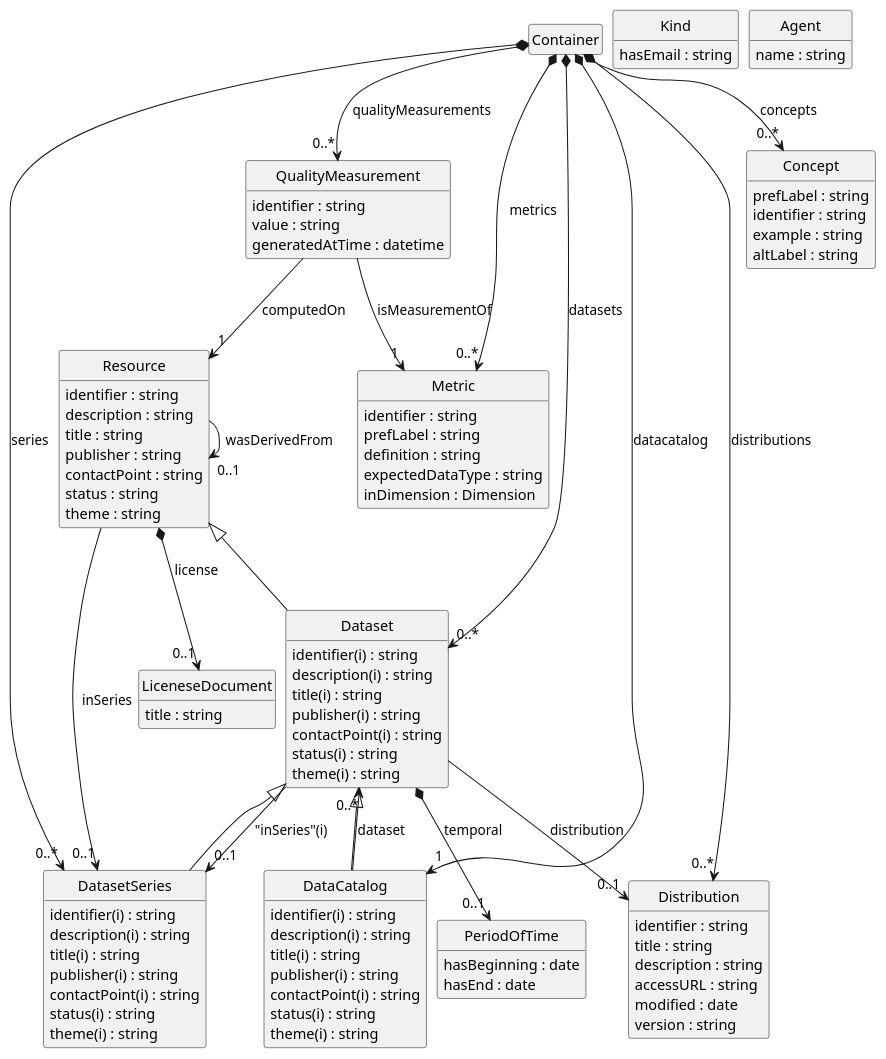
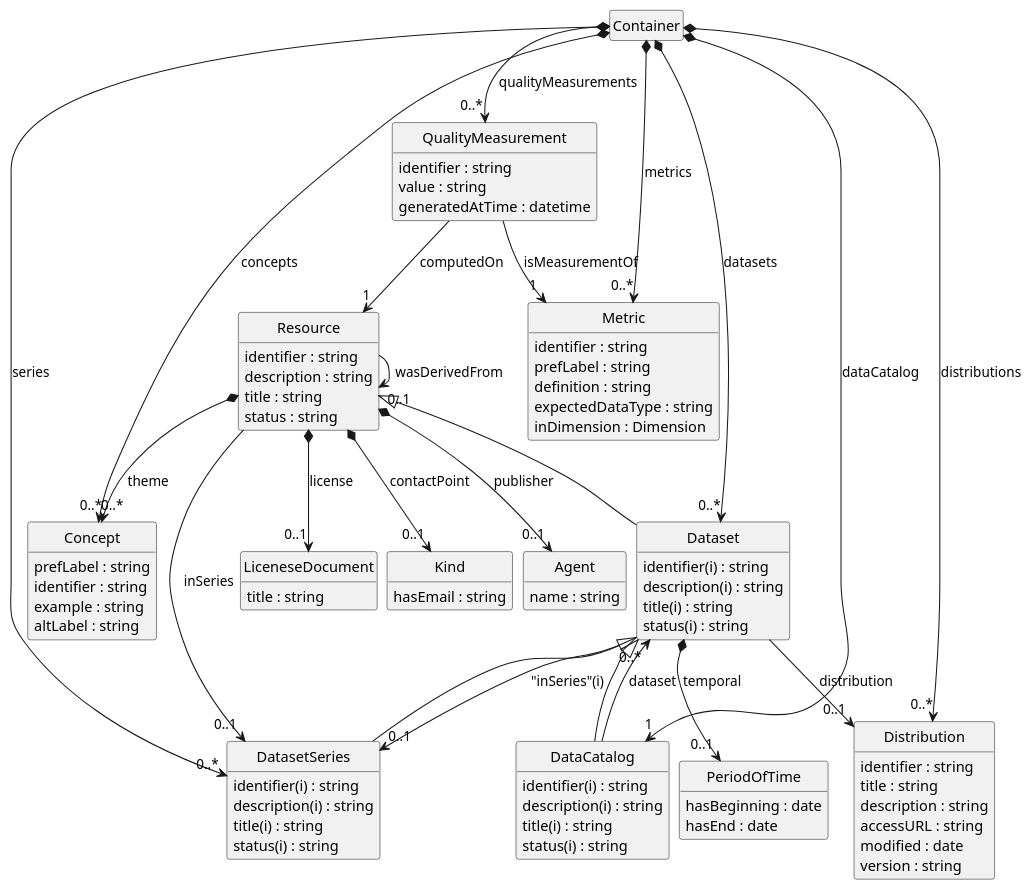
Before and after one commit to uuidea/simple_data_catalog_model: the diagram in datamodel.puml, drawn with PlantUML. The commit also changed 3 other files, not shown here.

```diff
--- a/datamodel.puml
+++ b/datamodel.puml
@@ -1,102 +1,93 @@
 @startuml
 skinparam nodesep 10
 hide circle
 hide empty members
 class "Resource" [[{None}]] {
     {field} identifier : string  
     {field} description : string  
     {field} title : string  
-    {field} publisher : string  
-    {field} contactPoint : string  
     {field} status : string  
-    {field} theme : string  
 }
 class "DatasetSeries" [[{None}]] {
     {field} identifier(i) : string  
     {field} description(i) : string  
     {field} title(i) : string  
-    {field} publisher(i) : string  
-    {field} contactPoint(i) : string  
     {field} status(i) : string  
-    {field} theme(i) : string  
+}
+class "Concept" [[{None}]] {
+    {field} prefLabel : string  
+    {field} identifier : string  
+    {field} example : string  
+    {field} altLabel : string  
 }
 class "LiceneseDocument" [[{None}]] {
     {field} title : string  
+}
+class "Kind" [[{None}]] {
+    {field} hasEmail : string  
+}
+class "Agent" [[{None}]] {
+    {field} name : string  
 }
 class "QualityMeasurement" [[{None}]] {
     {field} identifier : string  
     {field} value : string  
     {field} generatedAtTime : datetime  
 }
 class "Dataset" [[{None}]] {
     {field} identifier(i) : string  
     {field} description(i) : string  
     {field} title(i) : string  
-    {field} publisher(i) : string  
-    {field} contactPoint(i) : string  
     {field} status(i) : string  
-    {field} theme(i) : string  
 }
 "Resource" --> "0..1" "Resource" : "wasDerivedFrom"
 "Resource" --> "0..1" "DatasetSeries" : "inSeries"
+"Resource" *--> "0..*" "Concept" : "theme"
 "Resource" *--> "0..1" "LiceneseDocument" : "license"
+"Resource" *--> "0..1" "Kind" : "contactPoint"
+"Resource" *--> "0..1" "Agent" : "publisher"
 "QualityMeasurement" --> "1" "Resource" : "computedOn"
 "Resource" ^-- "Dataset"
 class "Metric" [[{None}]] {
     {field} identifier : string  
     {field} prefLabel : string  
     {field} definition : string  
     {field} expectedDataType : string  
     {field} inDimension : Dimension  
 }
 class "Container" [[{None}]] {
 
 }
 "QualityMeasurement" --> "1" "Metric" : "isMeasurementOf"
 "Container" *--> "0..*" "QualityMeasurement" : "qualityMeasurements"
 class "PeriodOfTime" [[{None}]] {
     {field} hasBeginning : date  
     {field} hasEnd : date  
 }
 "Dataset" *--> "0..1" "PeriodOfTime" : "temporal"
 "Container" *--> "0..*" "Metric" : "metrics"
-class "Kind" [[{None}]] {
-    {field} hasEmail : string  
-}
 class "Distribution" [[{None}]] {
     {field} identifier : string  
     {field} title : string  
     {field} description : string  
     {field} accessURL : string  
     {field} modified : date  
     {field} version : string  
 }
 "Container" *--> "0..*" "Distribution" : "distributions"
 "Dataset" --> "0..1" "Distribution" : "distribution"
 "Container" *--> "0..*" "DatasetSeries" : "series"
 "Dataset" --> "0..1" "DatasetSeries" : "inSeries"(i)
 "Dataset" ^-- "DatasetSeries"
 class "DataCatalog" [[{None}]] {
     {field} identifier(i) : string  
     {field} description(i) : string  
     {field} title(i) : string  
-    {field} publisher(i) : string  
-    {field} contactPoint(i) : string  
     {field} status(i) : string  
-    {field} theme(i) : string  
 }
 "Container" *--> "0..*" "Dataset" : "datasets"
 "DataCatalog" --> "0..*" "Dataset" : "dataset"
 "Dataset" ^-- "DataCatalog"
-"Container" *--> "1" "DataCatalog" : "datacatalog"
-class "Concept" [[{None}]] {
-    {field} prefLabel : string  
-    {field} identifier : string  
-    {field} example : string  
-    {field} altLabel : string  
-}
+"Container" *--> "1" "DataCatalog" : "dataCatalog"
 "Container" *--> "0..*" "Concept" : "concepts"
-class "Agent" [[{None}]] {
-    {field} name : string  
-}
 @enduml
```
